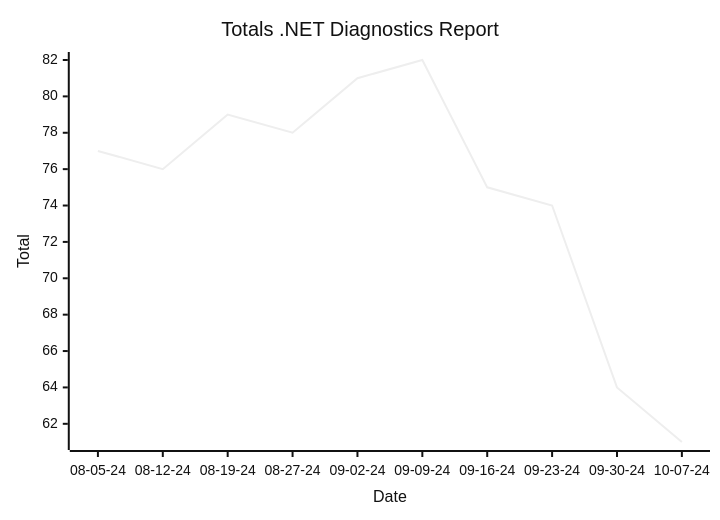
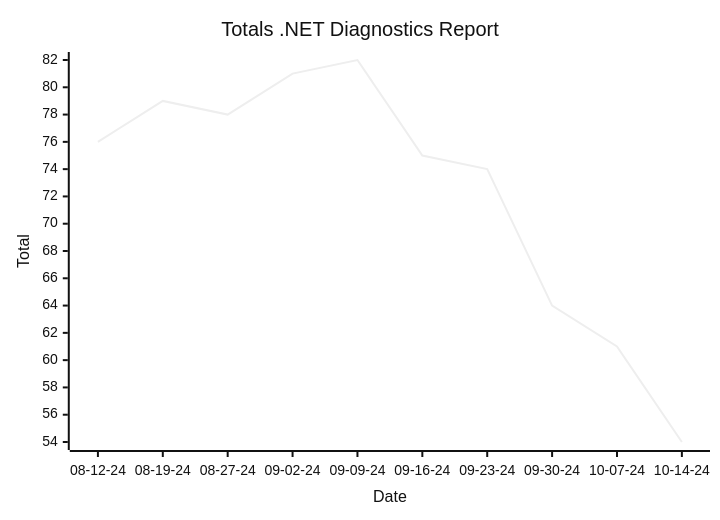
The first of 2 diagrams in reports/README.md (hoyosjs/gh-issue-tracker), drawn with Mermaid (neutral theme) before and after one commit. The commit also changed other lines of this file and 4 other files, not shown here.

````diff
--- a/reports/README.md
+++ b/reports/README.md
@@ -7,7 +7,7 @@
 ```mermaid
 xychart-beta
   title "Totals .NET Diagnostics Report"
-  x-axis "Date" ["08-05-24", "08-12-24", "08-19-24", "08-27-24", "09-02-24", "09-09-24", "09-16-24", "09-23-24", "09-30-24", "10-07-24"]
+  x-axis "Date" ["08-12-24", "08-19-24", "08-27-24", "09-02-24", "09-09-24", "09-16-24", "09-23-24", "09-30-24", "10-07-24", "10-14-24"]
   y-axis "Total"
-  line [77, 76, 79, 78, 81, 82, 75, 74, 64, 61]
+  line [76, 79, 78, 81, 82, 75, 74, 64, 61, 54]
 ```
````
